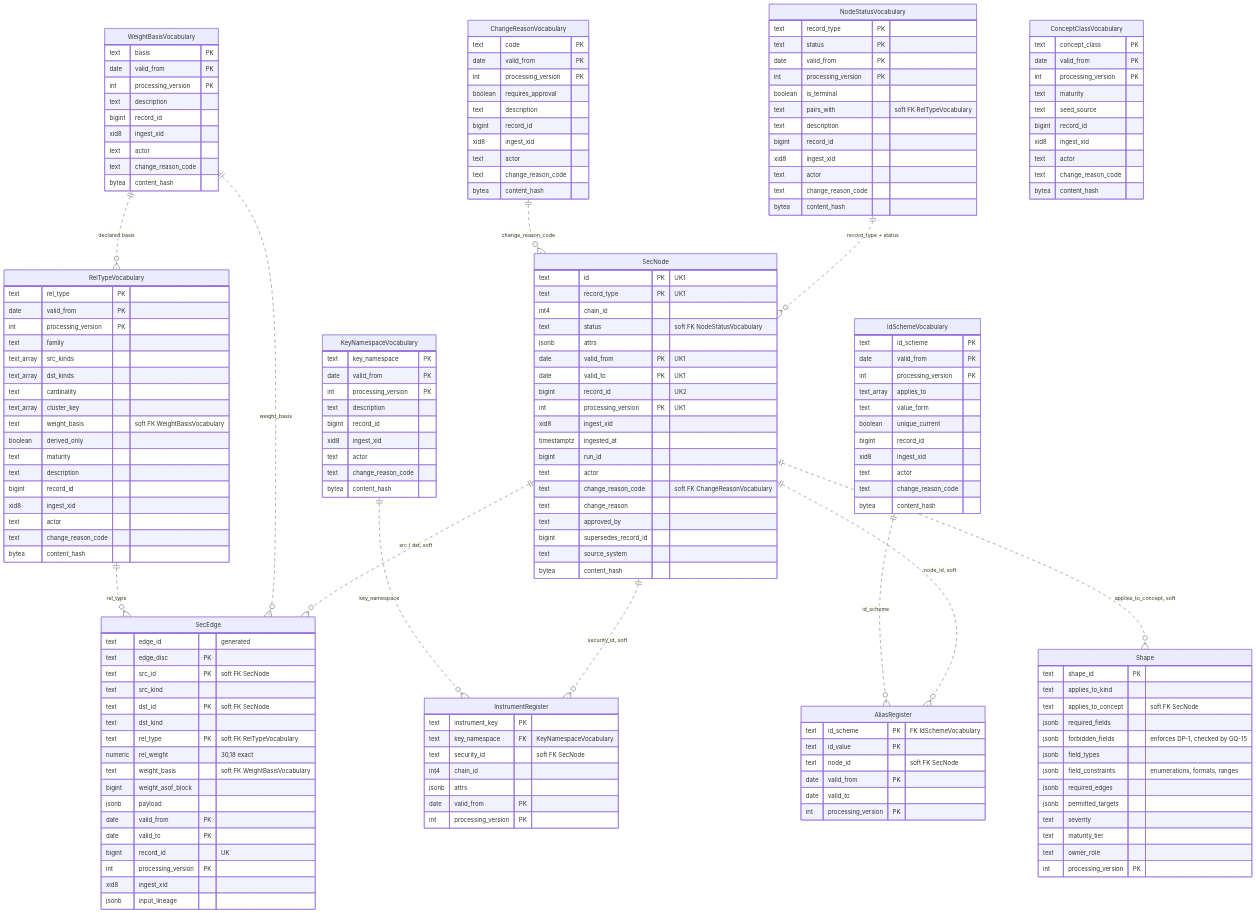
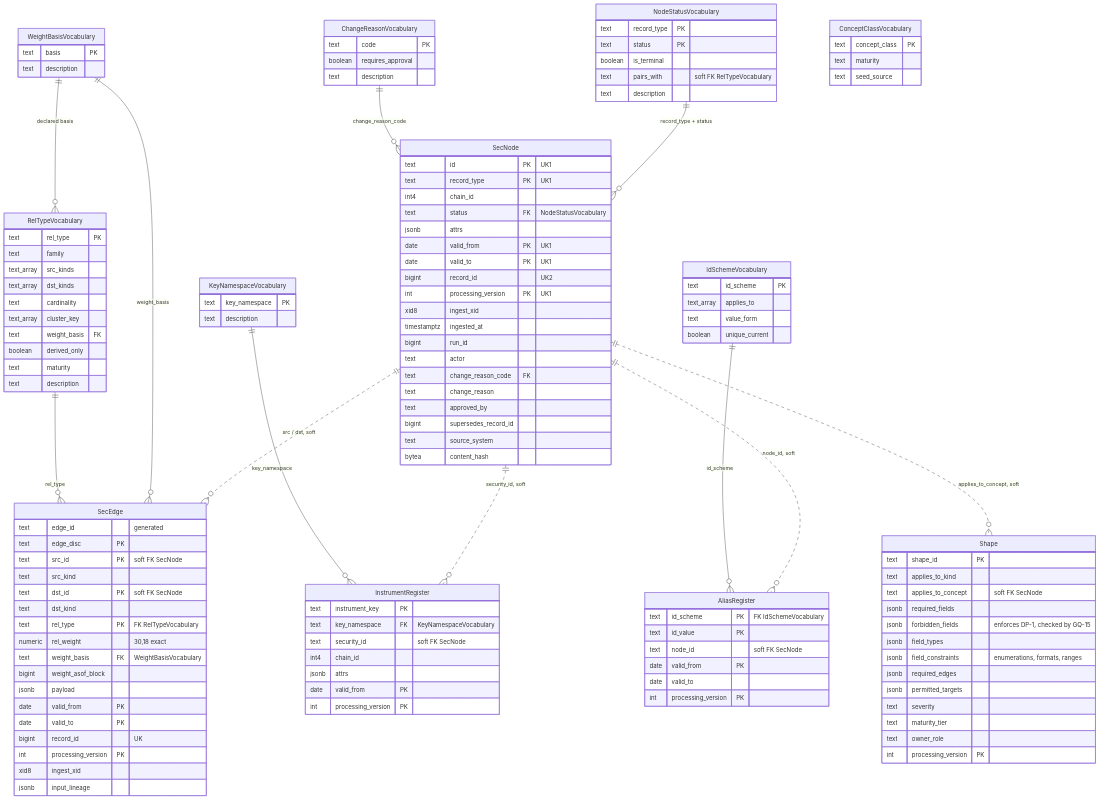
Before and after one commit to archon-research/stl: the first of 4 diagrams in docs/adr/0007-combined-master-and-relationship-store.md, drawn with Mermaid. The commit also changed other lines of this file, not shown here.

Commit message:
ADR-0007: the vocabularies stay seed-once, with the question recorded as open
Reverts the versioned-vocabulary decision and the diagram and GQ-table changes
that followed it. Wave 1 ships seed-once vocabularies and all six foreign keys,
so the ADR describes that again.

Recorded as an open question rather than dropped, because the defect it was
answering is real and already paid for: six concept_class values seed at draft
with no path to ratified. What the prototype on #875 showed is that the trade is
bigger than the storage shape — a foreign key refuses a bad UPDATE, a TRUNCATE
and an insert after DISABLE TRIGGER USER, which a BEFORE INSERT trigger does not;
versioning puts a governance INSERT within reach of the application role; and
resolving the live declaration from the wall clock contradicts ADR-0006 §4. The
follow-up owns those, not just the key.

```diff
--- a/docs/adr/0007-combined-master-and-relationship-store.md
+++ b/docs/adr/0007-combined-master-and-relationship-store.md
@@ -258,7 +257,7 @@
         text id PK "UK1"
         text record_type PK "UK1"
         int4 chain_id
-        text status "soft FK NodeStatusVocabulary"
+        text status FK "NodeStatusVocabulary"
         jsonb attrs
         date valid_from PK "UK1"
         date valid_to PK "UK1"
@@ -268,7 +267,7 @@
         timestamptz ingested_at
         bigint run_id
         text actor
-        text change_reason_code "soft FK ChangeReasonVocabulary"
+        text change_reason_code FK
         text change_reason
         text approved_by
         bigint supersedes_record_id
@@ -282,9 +281,9 @@
         text src_kind
         text dst_id PK "soft FK SecNode"
         text dst_kind
-        text rel_type PK "soft FK RelTypeVocabulary"
+        text rel_type PK "FK RelTypeVocabulary"
         numeric rel_weight "30,18 exact"
-        text weight_basis "soft FK WeightBasisVocabulary"
+        text weight_basis FK "WeightBasisVocabulary"
         bigint weight_asof_block
         jsonb payload
         date valid_from PK
@@ -328,104 +327,55 @@
     }
     RelTypeVocabulary {
         text rel_type PK
-        date valid_from PK
-        int processing_version PK
         text family
         text_array src_kinds
         text_array dst_kinds
         text cardinality
         text_array cluster_key
-        text weight_basis "soft FK WeightBasisVocabulary"
+        text weight_basis FK
         boolean derived_only
         text maturity
         text description
-        bigint record_id
-        xid8 ingest_xid
-        text actor
-        text change_reason_code
-        bytea content_hash
     }
     NodeStatusVocabulary {
         text record_type PK
         text status PK
-        date valid_from PK
-        int processing_version PK
         boolean is_terminal
         text pairs_with "soft FK RelTypeVocabulary"
         text description
-        bigint record_id
-        xid8 ingest_xid
-        text actor
-        text change_reason_code
-        bytea content_hash
     }
     WeightBasisVocabulary {
         text basis PK
-        date valid_from PK
-        int processing_version PK
         text description
-        bigint record_id
-        xid8 ingest_xid
-        text actor
-        text change_reason_code
-        bytea content_hash
     }
     ChangeReasonVocabulary {
         text code PK
-        date valid_from PK
-        int processing_version PK
         boolean requires_approval
         text description
-        bigint record_id
-        xid8 ingest_xid
-        text actor
-        text change_reason_code
-        bytea content_hash
     }
     ConceptClassVocabulary {
         text concept_class PK
-        date valid_from PK
-        int processing_version PK
         text maturity
         text seed_source
-        bigint record_id
-        xid8 ingest_xid
-        text actor
-        text change_reason_code
-        bytea content_hash
     }
     KeyNamespaceVocabulary {
         text key_namespace PK
-        date valid_from PK
-        int processing_version PK
         text description
-        bigint record_id
-        xid8 ingest_xid
-        text actor
-        text change_reason_code
-        bytea content_hash
     }
     IdSchemeVocabulary {
         text id_scheme PK
-        date valid_from PK
-        int processing_version PK
         text_array applies_to
         text value_form
         boolean unique_current
-        bigint record_id
-        xid8 ingest_xid
-        text actor
-        text change_reason_code
-        bytea content_hash
     }
 
-    RelTypeVocabulary ||..o{ SecEdge : "rel_type"
-    WeightBasisVocabulary ||..o{ SecEdge : "weight_basis"
-    WeightBasisVocabulary ||..o{ RelTypeVocabulary : "declared basis"
-    ChangeReasonVocabulary ||..o{ SecNode : "change_reason_code"
-    NodeStatusVocabulary ||..o{ SecNode : "record_type + status"
-    KeyNamespaceVocabulary ||..o{ InstrumentRegister : "key_namespace"
-    IdSchemeVocabulary ||..o{ AliasRegister : "id_scheme"
+    RelTypeVocabulary ||--o{ SecEdge : "rel_type"
+    WeightBasisVocabulary ||--o{ SecEdge : "weight_basis"
+    WeightBasisVocabulary ||--o{ RelTypeVocabulary : "declared basis"
+    ChangeReasonVocabulary ||--o{ SecNode : "change_reason_code"
+    NodeStatusVocabulary ||--o{ SecNode : "record_type + status"
+    KeyNamespaceVocabulary ||--o{ InstrumentRegister : "key_namespace"
+    IdSchemeVocabulary ||--o{ AliasRegister : "id_scheme"
     SecNode ||..o{ SecEdge : "src / dst, soft"
     SecNode ||..o{ InstrumentRegister : "security_id, soft"
     SecNode ||..o{ AliasRegister : "node_id, soft"
```
